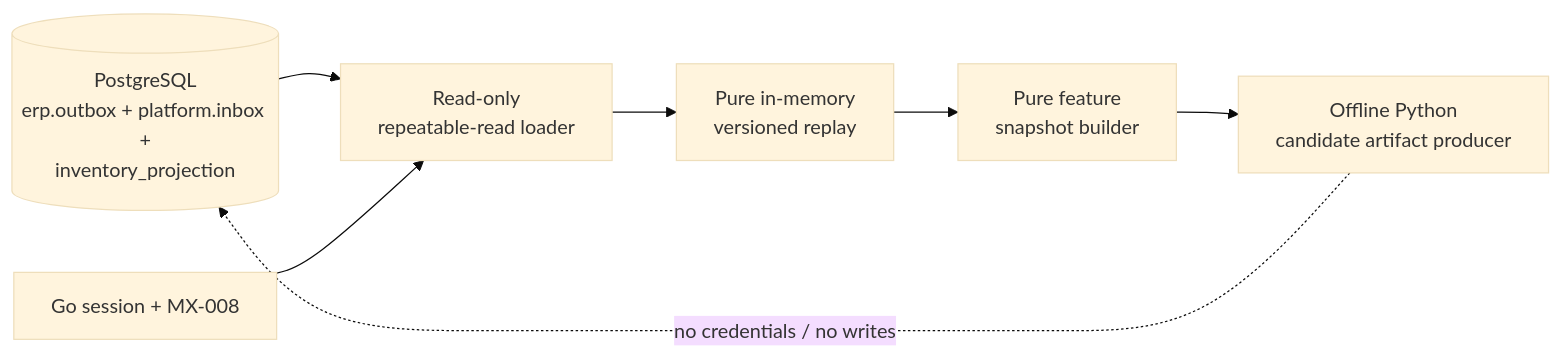
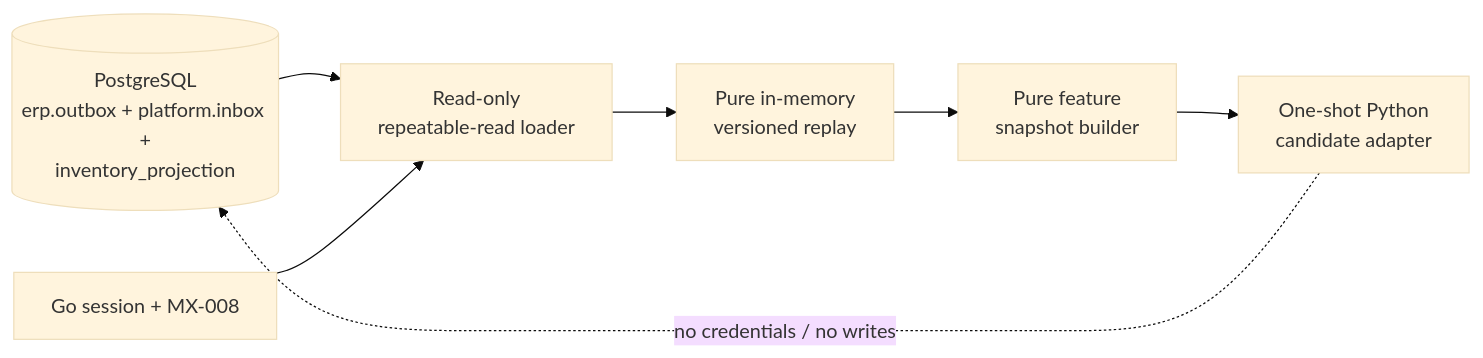
Before and after one commit to G1DO/seshatops: the diagram in docs/design/specifications/forecast-feature-snapshots.md, drawn with Mermaid (base theme). The commit also changed other lines of this file and 13 other files, not shown here.

````diff
--- a/docs/design/specifications/forecast-feature-snapshots.md
+++ b/docs/design/specifications/forecast-feature-snapshots.md
@@ -19,12 +21,12 @@
 ```mermaid
 flowchart LR
   DB[(PostgreSQL\nerp.outbox + platform.inbox +\ninventory_projection)]
   AUTH[Go session + MX-008]
   READ[Read-only\nrepeatable-read loader]
   REPLAY[Pure in-memory\nversioned replay]
   BUILD[Pure feature\nsnapshot builder]
-  PY[Offline Python\ncandidate artifact producer]
+  PY[One-shot Python\ncandidate adapter]
   DB --> READ --> REPLAY --> BUILD --> PY
   AUTH --> READ
   PY -. no credentials / no writes .-> DB
 ```
````
